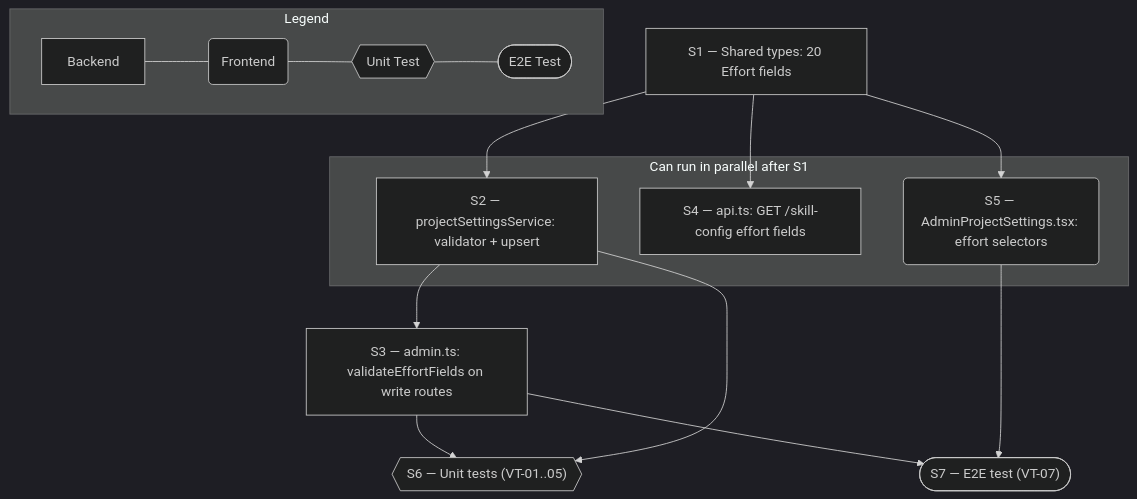
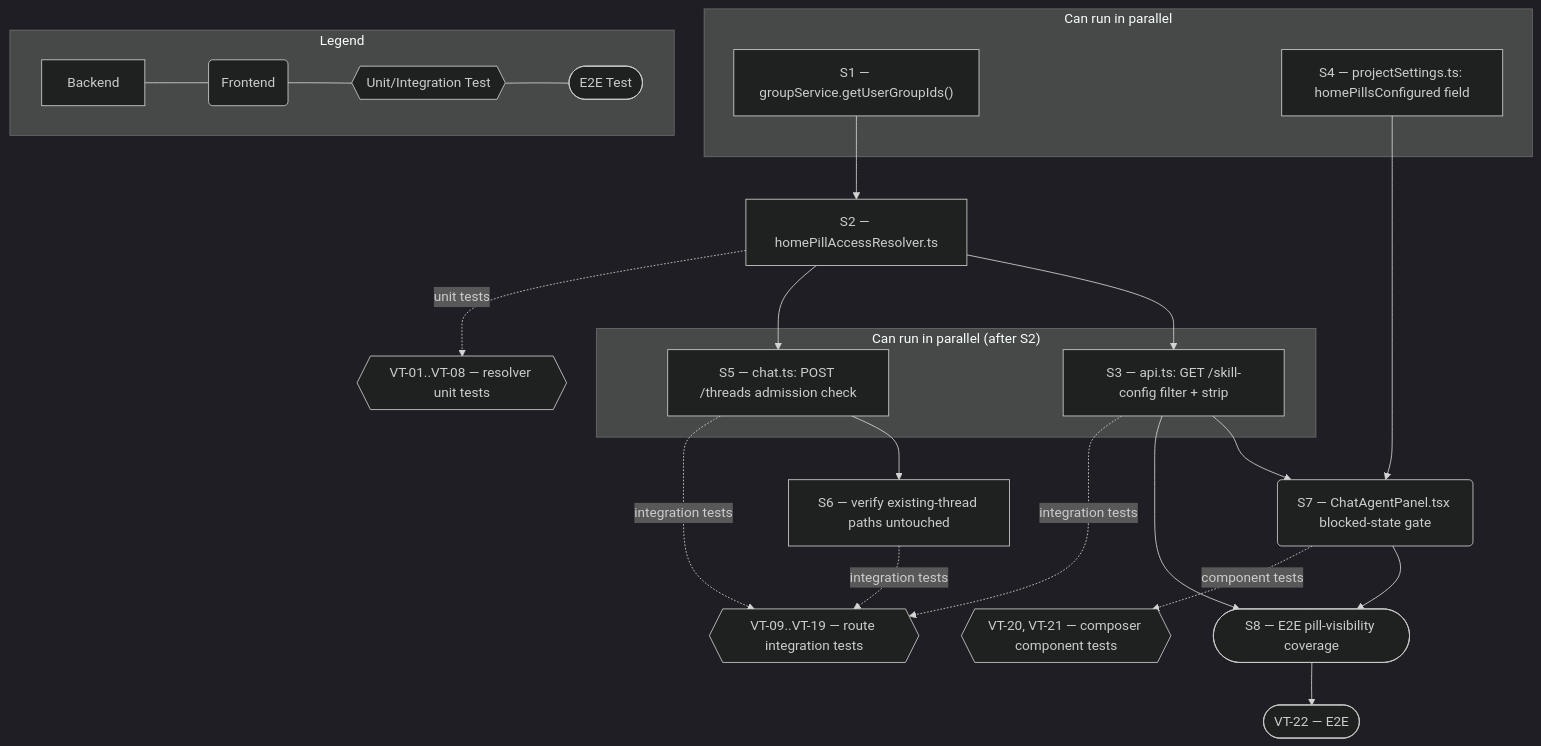
The second of 2 diagrams in .ai-pilot/local-dev/feat-002/design-spec/tech-spec.md (ryamiller-amergis/Apex), drawn with Mermaid (dark theme) before and after one commit. The commit also changed other lines of this file and 42 other files, not shown here.

````diff
--- a/.ai-pilot/local-dev/feat-002/design-spec/tech-spec.md
+++ b/.ai-pilot/local-dev/feat-002/design-spec/tech-spec.md
@@ -198,27 +212,42 @@
 ```mermaid
 flowchart TD
-  S1["S1 — Shared types: 20 Effort fields"]
-  S2["S2 — projectSettingsService: validator + upsert"]
-  S3["S3 — admin.ts: validateEffortFields on write routes"]
-  S4["S4 — api.ts: GET /skill-config effort fields"]
-  S5("S5 — AdminProjectSettings.tsx: effort selectors")
-  S6{{"S6 — Unit tests (VT-01..05)"}}
-  S7(["S7 — E2E test (VT-07)"])
+  S1["S1 — groupService.getUserGroupIds()"]
+  S2["S2 — homePillAccessResolver.ts"]
+  S3["S3 — api.ts: GET /skill-config filter + strip"]
+  S4["S4 — projectSettings.ts: homePillsConfigured field"]
+  S5["S5 — chat.ts: POST /threads admission check"]
+  S6["S6 — verify existing-thread paths untouched"]
+  S7("S7 — ChatAgentPanel.tsx blocked-state gate")
+  S8(["S8 — E2E pill-visibility coverage"])
+  T_unit{{"VT-01..VT-08 — resolver unit tests"}}
+  T_route{{"VT-09..VT-19 — route integration tests"}}
+  T_rtl{{"VT-20, VT-21 — composer component tests"}}
+  T_e2e(["VT-22 — E2E"])
 
   S1 --> S2
-  S1 --> S4
-  S1 --> S5
   S2 --> S3
-  S3 --> S6
-  S2 --> S6
+  S2 --> S5
   S3 --> S7
-  S5 --> S7
+  S4 --> S7
+  S5 --> S6
+  S3 --> S8
+  S7 --> S8
+  S2 -.->|"unit tests"| T_unit
+  S3 -.->|"integration tests"| T_route
+  S5 -.->|"integration tests"| T_route
+  S6 -.->|"integration tests"| T_route
+  S7 -.->|"component tests"| T_rtl
+  S8 --> T_e2e
 
-  subgraph parallel1 ["Can run in parallel after S1"]
-    S2 & S4 & S5
+  subgraph parallel1 ["Can run in parallel"]
+    S1 & S4
+  end
+
+  subgraph parallel2 ["Can run in parallel (after S2)"]
+    S3 & S5
   end
 
   subgraph legend ["Legend"]
-    L1["Backend"] --- L2("Frontend") --- L3{{"Unit Test"}} --- L4(["E2E Test"])
+    L1["Backend"] --- L2("Frontend") --- L3{{"Unit/Integration Test"}} --- L4(["E2E Test"])
   end
 ```
````
